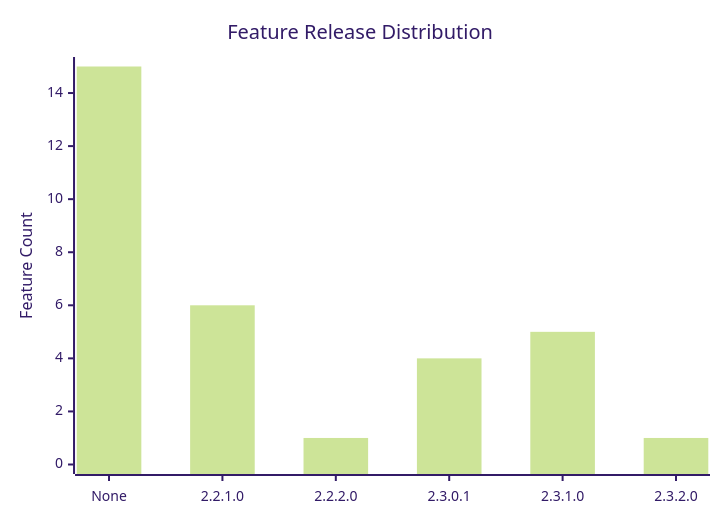
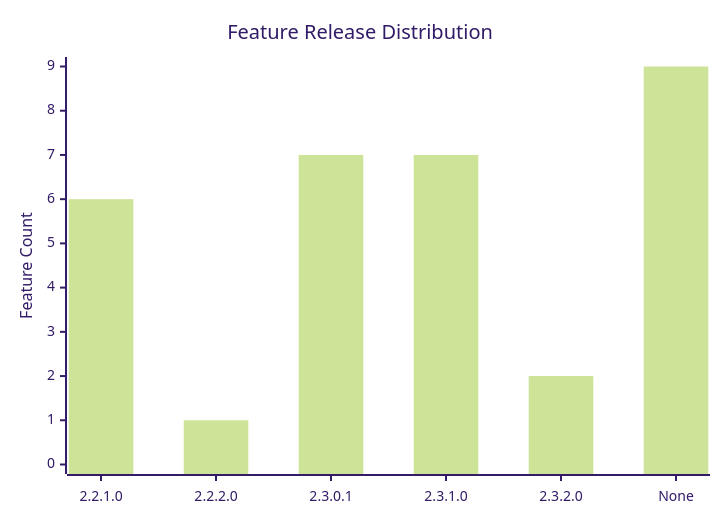
One commit to Apoorvsharmaa/new-test-repo changed the sixth of 10 diagrams in test 8 ADO report.md. Above: the diagram before and after it, drawn with Mermaid (forest theme). The commit also changed other lines of this file, not shown here.

````diff
--- a/test 8 ADO report.md
+++ b/test 8 ADO report.md
@@ -395,7 +390,7 @@
 ```mermaid
 xychart-beta
     title "Feature Release Distribution"
-    x-axis ["None","2.2.1.0","2.2.2.0","2.3.0.1","2.3.1.0","2.3.2.0"]
-    y-axis "Feature Count" 0 --> 15
-    bar [15,6,1,4,5,1]
+    x-axis ["2.2.1.0","2.2.2.0","2.3.0.1","2.3.1.0","2.3.2.0","None"]
+    y-axis "Feature Count" 0 --> 9
+    bar [6,1,7,7,2,9]
 ```
````
